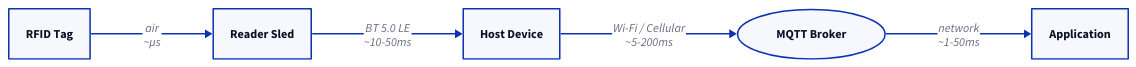
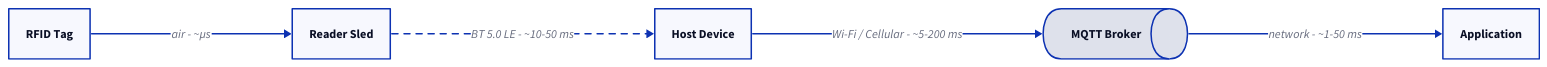
Before and after one commit to admiral-ai/zebra-handheld-rfid-iotc: the diagram in docs/foundations/architecture/end-to-end.md, drawn with D2. The commit also changed 40 other files, not shown here.

First line of the commit message:
Redesign all 54 D2 diagrams to a unified visual system

````diff
--- a/docs/foundations/architecture/end-to-end.md
+++ b/docs/foundations/architecture/end-to-end.md
@@ -20,12 +20,13 @@
 ```d2
 direction: right
 T: RFID Tag
 R: Reader Sled
 H: Host Device
-B: MQTT Broker { shape: oval }
+B: MQTT Broker { shape: queue }
 A: Application
-T -> R: "air\n~µs"
-R -> H: "BT 5.0 LE\n~10-50ms"
-H -> B: "Wi-Fi / Cellular\n~5-200ms"
-B -> A: "network\n~1-50ms"
+T -> R: "air - ~µs"
+R -> H: "BT 5.0 LE - ~10-50 ms" { style.stroke-dash: 4 }
+H -> B: "Wi-Fi / Cellular - ~5-200 ms"
+B -> A: "network - ~1-50 ms"
+
 ```
````
